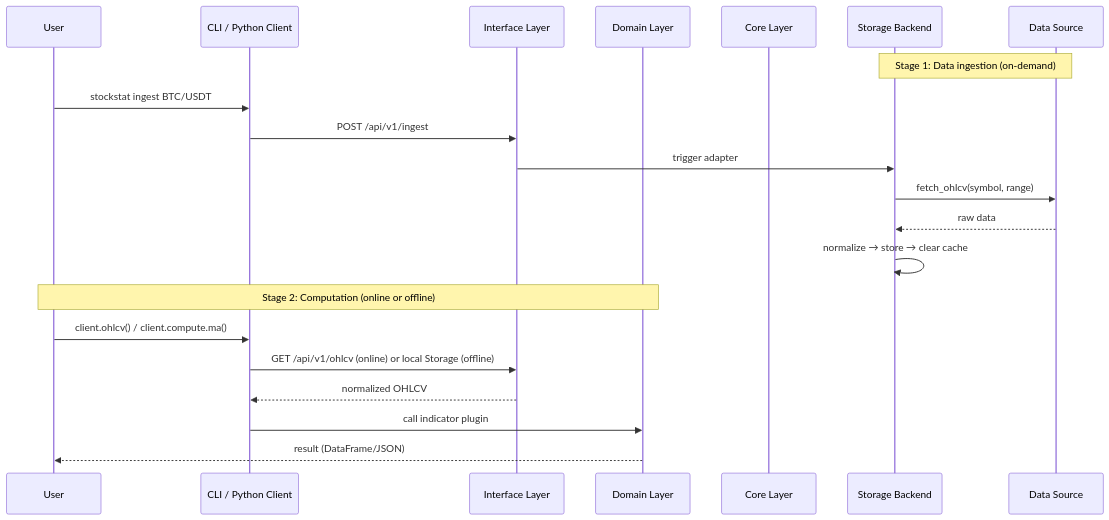
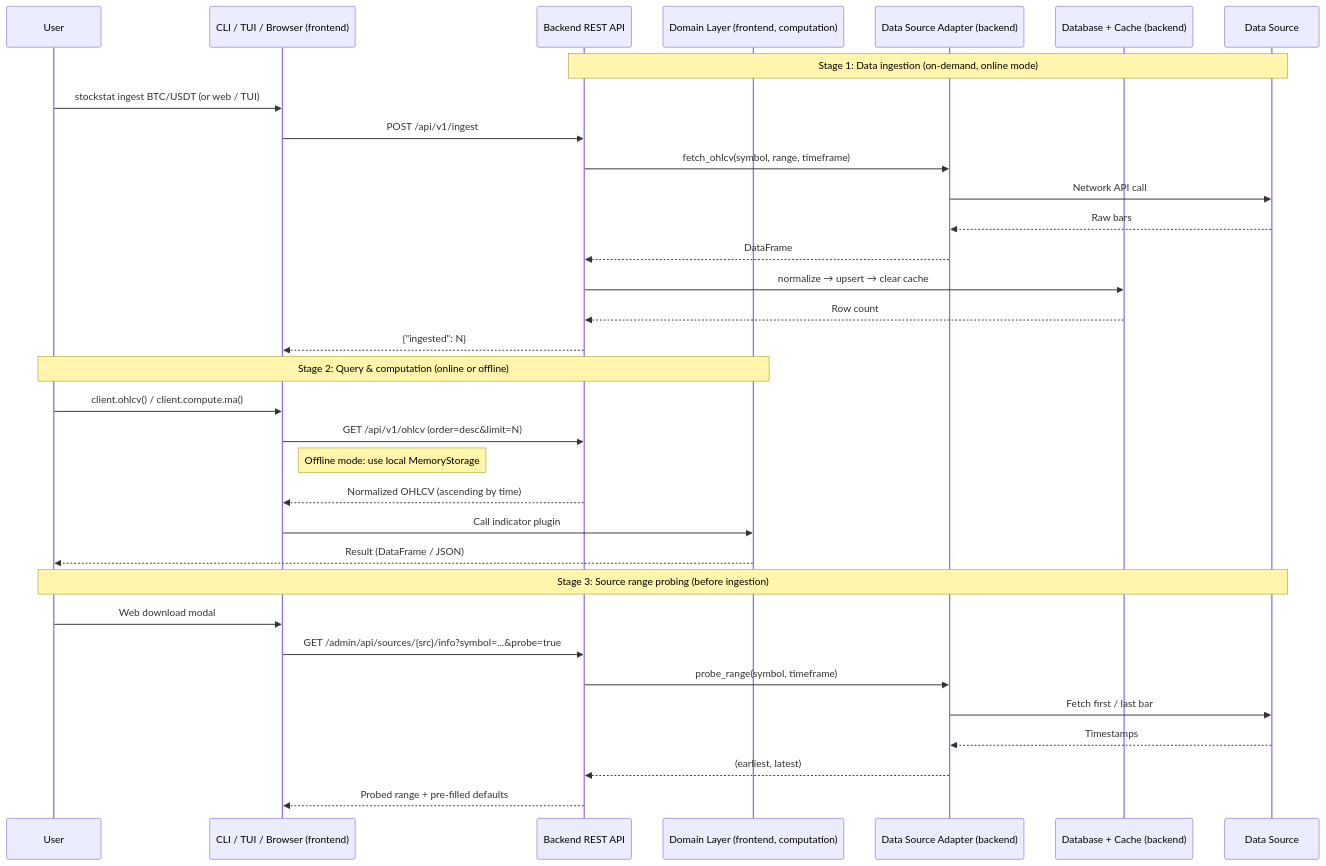
Before and after one commit to RESBI/StockStatistic: the third of 4 diagrams in DESIGN.md, drawn with Mermaid. The commit also changed other lines of this file and 24 other files, not shown here.

````diff
--- a/DESIGN.md
+++ b/DESIGN.md
@@ -168,25 +223,38 @@
 ```mermaid
 sequenceDiagram
     participant User as User
-    participant CLI as CLI / Python Client
-    participant API as Interface Layer
-    participant Domain as Domain Layer
-    participant Core as Core Layer
-    participant BE as Storage Backend
+    participant CLI as CLI / TUI / Browser (frontend)
+    participant BE_API as Backend REST API
+    participant Domain as Domain Layer (frontend, computation)
+    participant Adapter as Data Source Adapter (backend)
+    participant DB as Database + Cache (backend)
     participant Src as Data Source
 
-    Note over BE,Src: Stage 1: Data ingestion (on-demand)
-    User->>CLI: stockstat ingest BTC/USDT
-    CLI->>API: POST /api/v1/ingest
-    API->>BE: trigger adapter
-    BE->>Src: fetch_ohlcv(symbol, range)
-    Src-->>BE: raw data
-    BE->>BE: normalize → store → clear cache
+    Note over BE_API,Src: Stage 1: Data ingestion (on-demand, online mode)
+    User->>CLI: stockstat ingest BTC/USDT (or web / TUI)
+    CLI->>BE_API: POST /api/v1/ingest
+    BE_API->>Adapter: fetch_ohlcv(symbol, range, timeframe)
+    Adapter->>Src: Network API call
+    Src-->>Adapter: Raw bars
+    Adapter-->>BE_API: DataFrame
+    BE_API->>DB: normalize → upsert → clear cache
+    DB-->>BE_API: Row count
+    BE_API-->>CLI: {"ingested": N}
 
-    Note over User,Domain: Stage 2: Computation (online or offline)
+    Note over User,Domain: Stage 2: Query & computation (online or offline)
     User->>CLI: client.ohlcv() / client.compute.ma()
-    CLI->>API: GET /api/v1/ohlcv (online) or local Storage (offline)
-    API-->>CLI: normalized OHLCV
-    CLI->>Domain: call indicator plugin
-    Domain-->>User: result (DataFrame/JSON)
+    CLI->>BE_API: GET /api/v1/ohlcv (order=desc&limit=N)
+    Note right of CLI: Offline mode: use local MemoryStorage
+    BE_API-->>CLI: Normalized OHLCV (ascending by time)
+    CLI->>Domain: Call indicator plugin
+    Domain-->>User: Result (DataFrame / JSON)
+
+    Note over User,Src: Stage 3: Source range probing (before ingestion)
+    User->>CLI: Web download modal
+    CLI->>BE_API: GET /admin/api/sources/{src}/info?symbol=...&probe=true
+    BE_API->>Adapter: probe_range(symbol, timeframe)
+    Adapter->>Src: Fetch first / last bar
+    Src-->>Adapter: Timestamps
+    Adapter-->>BE_API: (earliest, latest)
+    BE_API-->>CLI: Probed range + pre-filled defaults
 ```
````
